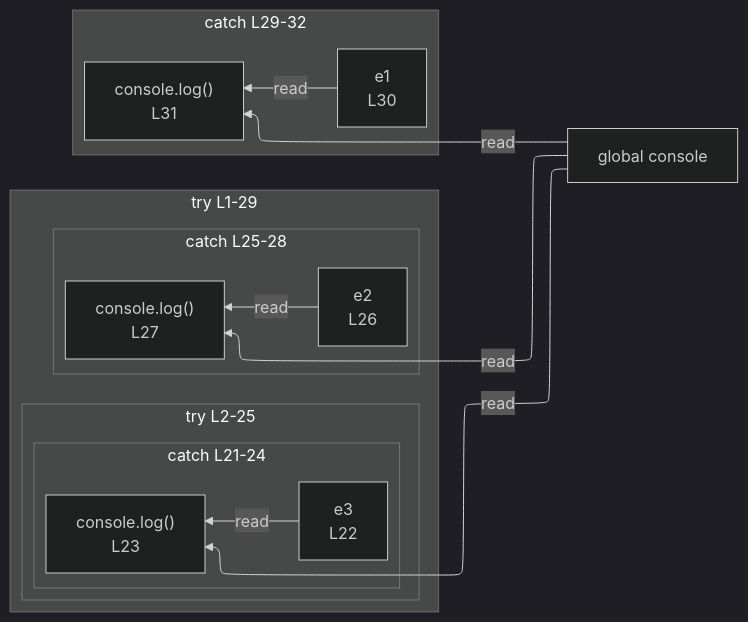
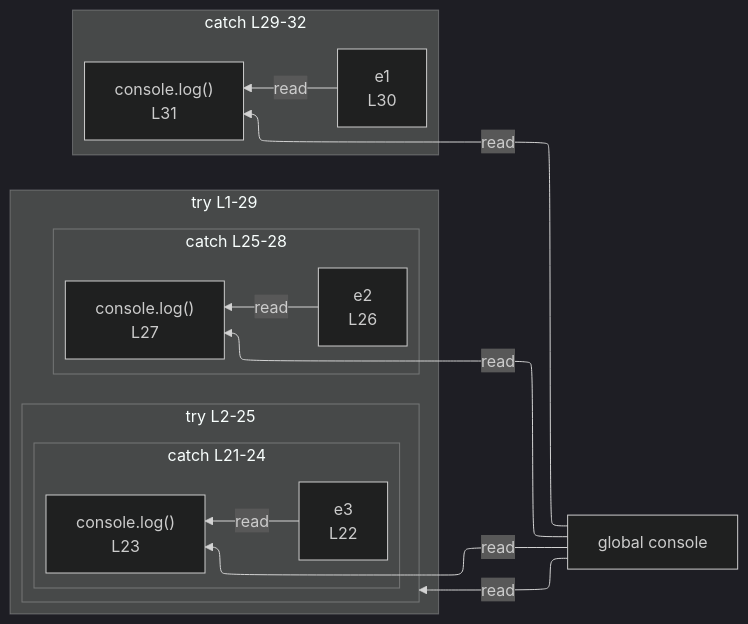
The diagram in integration/fixtures/app-behavior/depth/try-catch-finally/depth-2/preview.md (crescware/unsnarl), drawn with Mermaid (dark theme) before and after one commit. The commit also changed 63 other files, not shown here.

````diff
--- a/integration/fixtures/app-behavior/depth/try-catch-finally/depth-2/preview.md
+++ b/integration/fixtures/app-behavior/depth/try-catch-finally/depth-2/preview.md
@@ -42,32 +42,33 @@
 ```mermaid
 %%{init: {"flowchart": {"defaultRenderer": "elk"}}}%%
 flowchart RL
   n_scope_0_console_103["global console"]
   subgraph s_scope_1["try L1-29"]
     direction RL
     subgraph s_scope_2["try L2-25"]
       direction RL
       subgraph s_scope_10["catch L21-24"]
         direction RL
         n_scope_10_e3_391["e3<br/>L22"]
         expr_stmt_408["console.log()<br/>L23"]
       end
     end
     subgraph s_scope_11["catch L25-28"]
       direction RL
       n_scope_11_e2_453["e2<br/>L26"]
       expr_stmt_468["console.log()<br/>L27"]
     end
   end
   subgraph s_scope_12["catch L29-32"]
     direction RL
     n_scope_12_e1_507["e1<br/>L30"]
     expr_stmt_520["console.log()<br/>L31"]
   end
+  n_scope_0_console_103 -->|read| s_scope_2
   n_scope_0_console_103 -->|read| expr_stmt_408
   n_scope_10_e3_391 -->|read| expr_stmt_408
   n_scope_0_console_103 -->|read| expr_stmt_468
   n_scope_11_e2_453 -->|read| expr_stmt_468
   n_scope_0_console_103 -->|read| expr_stmt_520
   n_scope_12_e1_507 -->|read| expr_stmt_520
 ```
````
